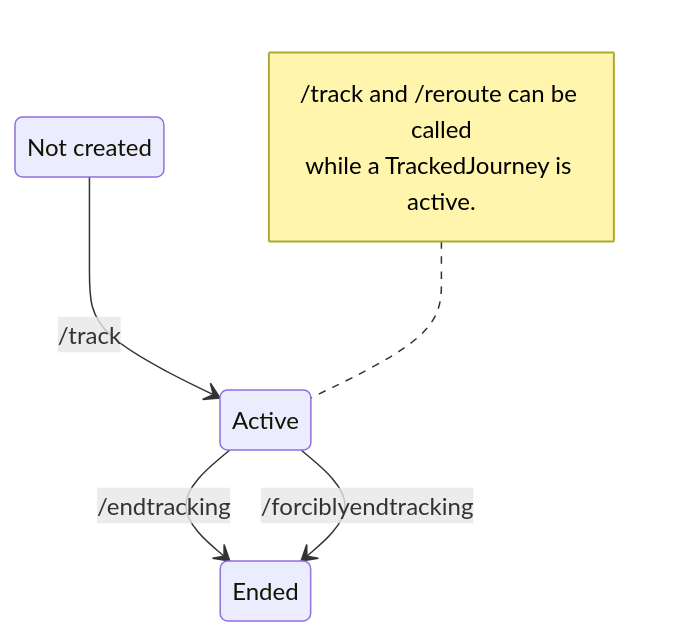
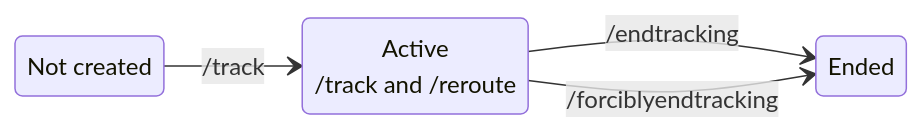
One commit to ibi-group/otp-middleware changed the second of 4 diagrams in docs/live-tracking.md. Above: the diagram before and after it, drawn with Mermaid. The commit also changed other lines of this file, not shown here.

Commit message:
docs(live-tracking): Add flow dgm for ManageTripTracking.

````diff
--- a/docs/live-tracking.md
+++ b/docs/live-tracking.md
@@ -52,11 +52,9 @@
 ```mermaid
 stateDiagram-v2
+    direction LR
+    active: Active<br>/track and /reroute
     initial: Not created
-    initial --> Active: /track
-    Active --> Ended: /endtracking
-    Active --> Ended: /forciblyendtracking
-    note left of Active
-        /track and /reroute can be called
-        while a TrackedJourney is active.
-    end note
+    initial --> active: /track
+    active --> Ended: /endtracking
+    active --> Ended: /forciblyendtracking
 ```
````
